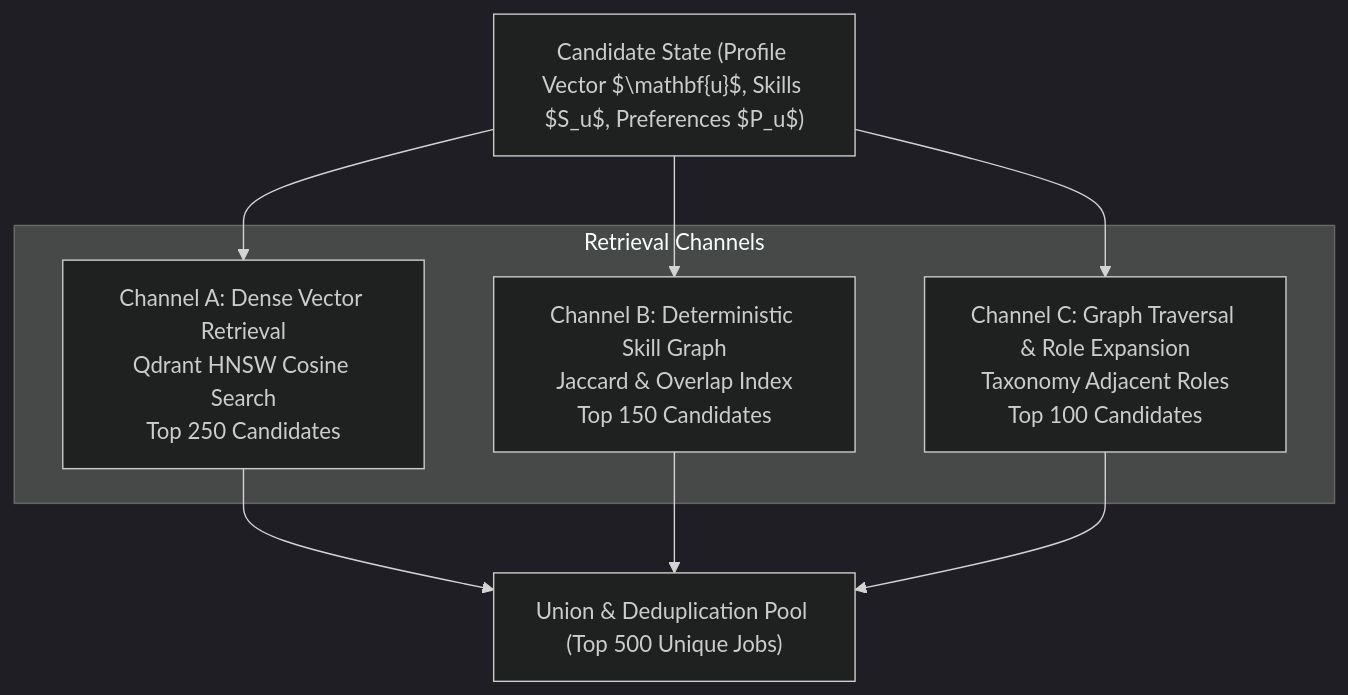
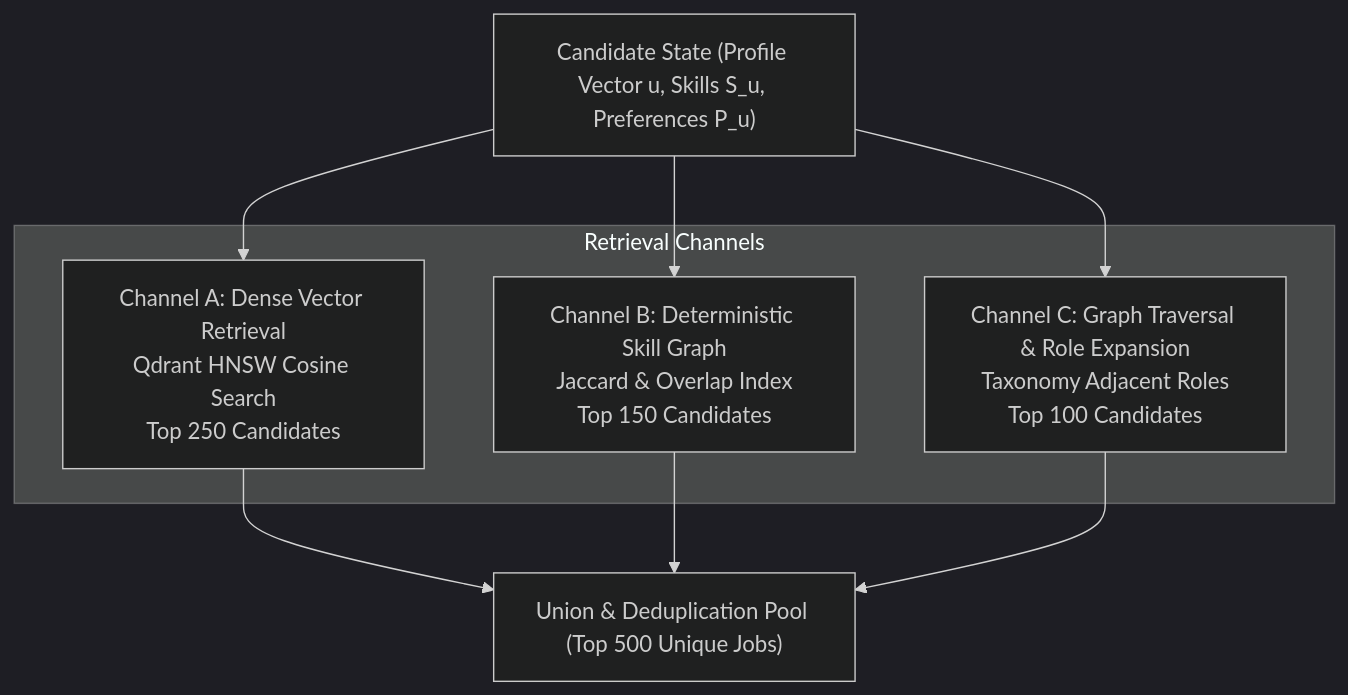
Before and after one commit to Goutam16-Withcode/Anvesh: the first of 2 diagrams in docs/architecture/recommendation-pipeline.md, drawn with Mermaid (dark theme). The commit also changed 2 other files, not shown here.

Commit message:
docs: add architectural documentation for data lifecycle, recommendation pipeline, and system design

````diff
--- a/docs/architecture/recommendation-pipeline.md
+++ b/docs/architecture/recommendation-pipeline.md
@@ -40,13 +40,13 @@
 ```mermaid
 flowchart TD
-    UserReq["Candidate State (Profile Vector $\mathbf{u}$, Skills $S_u$, Preferences $P_u$)"]
+    UserReq["Candidate State (Profile Vector u, Skills S_u, Preferences P_u)"]
 
     subgraph Channels ["Retrieval Channels"]
         C1["Channel A: Dense Vector Retrieval<br/>Qdrant HNSW Cosine Search<br/>Top 250 Candidates"]
         C2["Channel B: Deterministic Skill Graph<br/>Jaccard & Overlap Index<br/>Top 150 Candidates"]
         C3["Channel C: Graph Traversal & Role Expansion<br/>Taxonomy Adjacent Roles<br/>Top 100 Candidates"]
     end
 
     UserReq --> C1 & C2 & C3
     C1 & C2 & C3 --> Union["Union & Deduplication Pool (Top 500 Unique Jobs)"]
 ```
````
